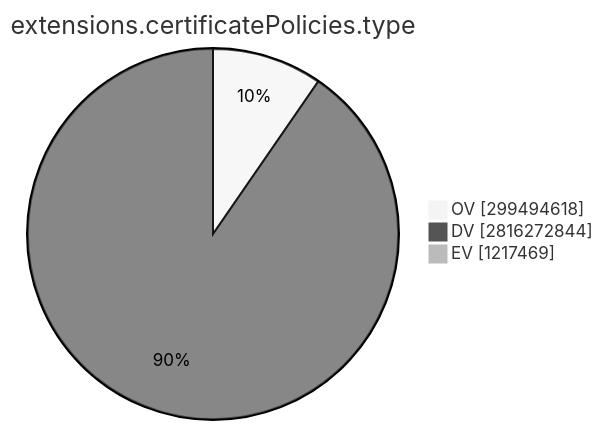
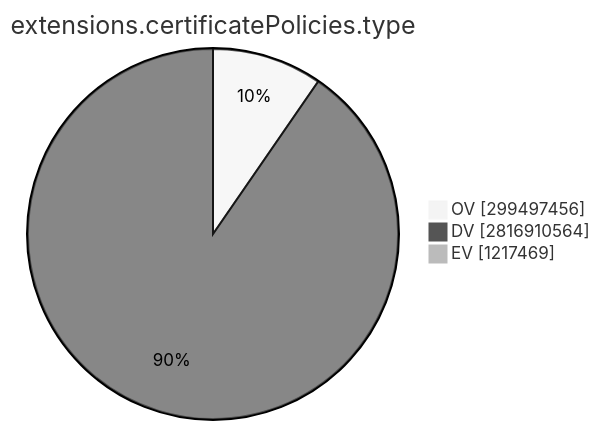
Before and after one commit to christiankrug/ctmonitor_visualization: the ninth of 15 diagrams in TOTAL/README.md, drawn with Mermaid (neutral theme). The commit also changed other lines of this file, not shown here.

````diff
--- a/TOTAL/README.md
+++ b/TOTAL/README.md
@@ -3101,7 +3101,7 @@
 ```mermaid
 pie showData
 title extensions.certificatePolicies.type
-"OV" :299494618
-"DV" :2816272844
+"OV" :299497456
+"DV" :2816910564
 "EV" :1217469
 ```
````
